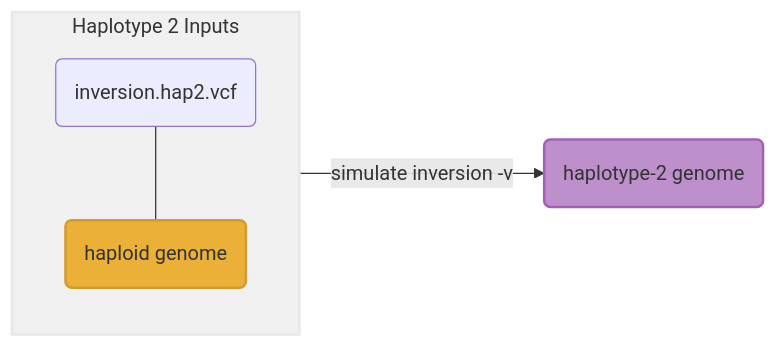
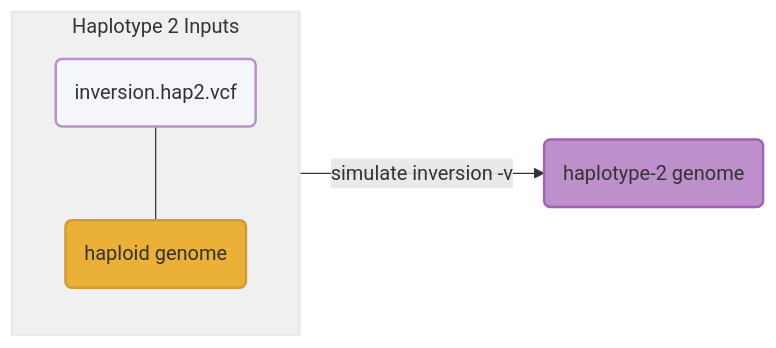
The third of 6 diagrams in Modules/Simulate/simulate-variants.md (pdimens/harpy), drawn with Mermaid before and after one commit. The commit also changed other lines of this file and 11 other files, not shown here.

Commit message:
update all mermaids

````diff
--- a/Modules/Simulate/simulate-variants.md
+++ b/Modules/Simulate/simulate-variants.md
@@ -244,10 +248,11 @@
 ```mermaid
 graph LR
     subgraph id2 ["Haplotype 2 Inputs"]
     hap2(inversion.hap2.vcf)---geno(haploid genome)
     end
     id2-->|simulate inversion -v|hapgeno2(haplotype-2 genome)
     style id2 fill:#f0f0f0,stroke:#e8e8e8,stroke-width:2px
+    style hap2 fill:#f5f6f9,stroke:#bd8fcb,stroke-width:2px
     style hapgeno2 fill:#bd8fcb,stroke:#a460b7,stroke-width:2px
     style geno fill:#ebb038,stroke:#d19b2f,stroke-width:2px
 ```
````
